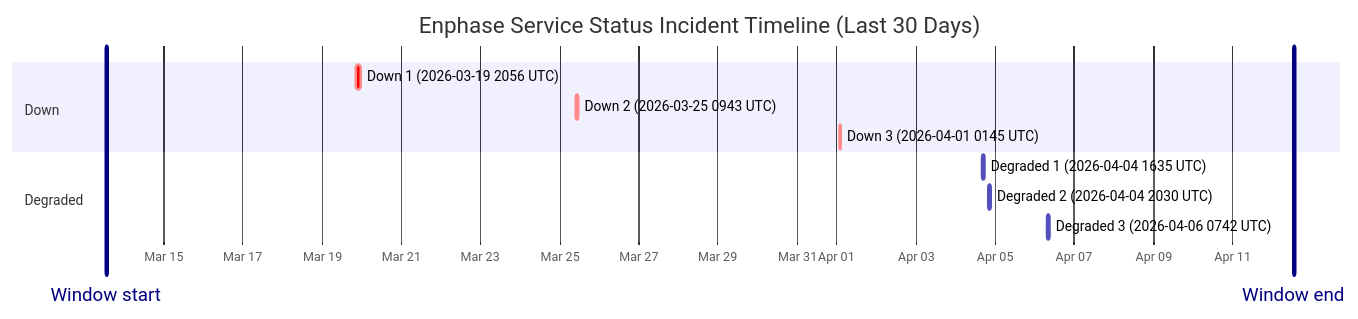
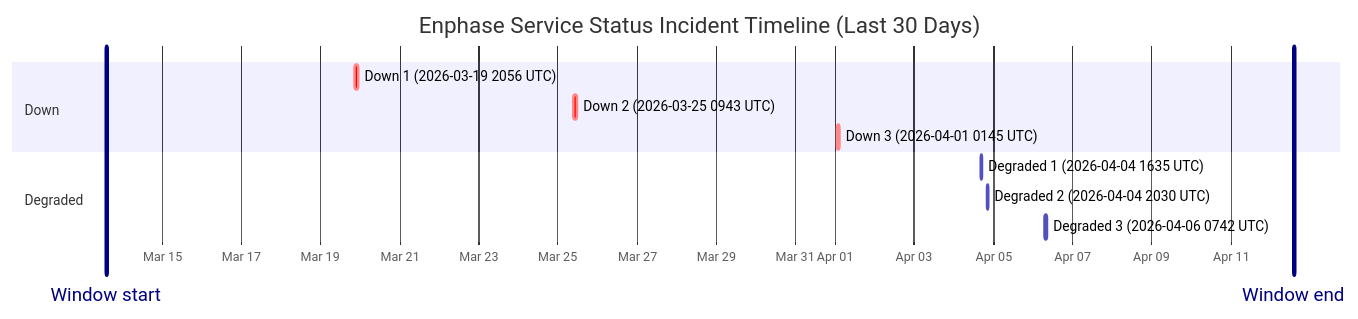
The diagram in wiki/Service-Status-History.md (barneyonline/ha-enphase-ev-charger), drawn with Mermaid before and after one commit. The commit also changed other lines of this file and 3 other files, not shown here.

````diff
--- a/wiki/Service-Status-History.md
+++ b/wiki/Service-Status-History.md
@@ -14,16 +14,16 @@
 ```mermaid
 gantt
     title Enphase Service Status Incident Timeline (Last 30 Days)
     dateFormat  YYYY-MM-DDTHH:mm:ss
     axisFormat  %b %d
-    Window start :vert, window-start, 2026-03-13T13:05:39, 0ms
-    Window end :vert, window-end, 2026-04-12T13:05:39, 0ms
+    Window start :vert, window-start, 2026-03-13T14:08:51, 0ms
+    Window end :vert, window-end, 2026-04-12T14:08:51, 0ms
     section Down
     Down 1 (2026-03-19 2056 UTC) :crit, down-1, 2026-03-19T20:56:20, 145m
     Down 2 (2026-03-25 0943 UTC) :crit, down-2, 2026-03-25T09:43:28, 111m
     Down 3 (2026-04-01 0145 UTC) :crit, down-3, 2026-04-01T01:45:09, 60m
     section Degraded
     Degraded 1 (2026-04-04 1635 UTC) :active, degraded-1, 2026-04-04T16:35:17, 60m
     Degraded 2 (2026-04-04 2030 UTC) :active, degraded-2, 2026-04-04T20:30:40, 60m
     Degraded 3 (2026-04-06 0742 UTC) :active, degraded-3, 2026-04-06T07:42:09, 85m
 ```
````
